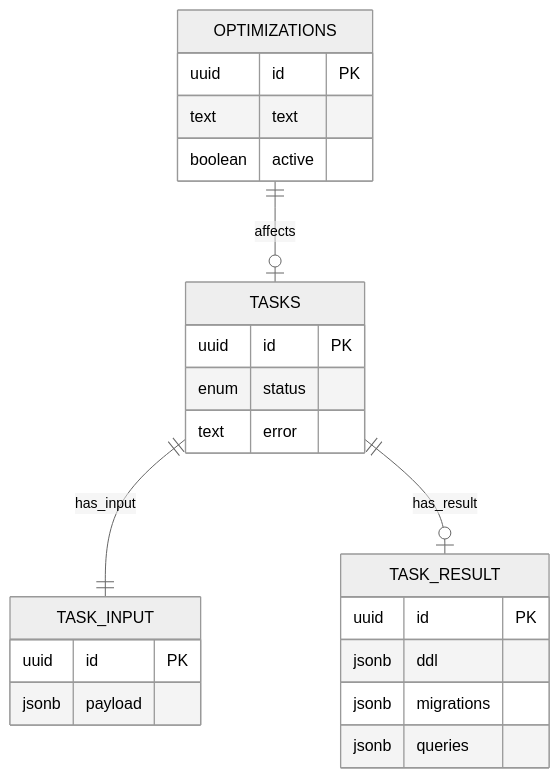
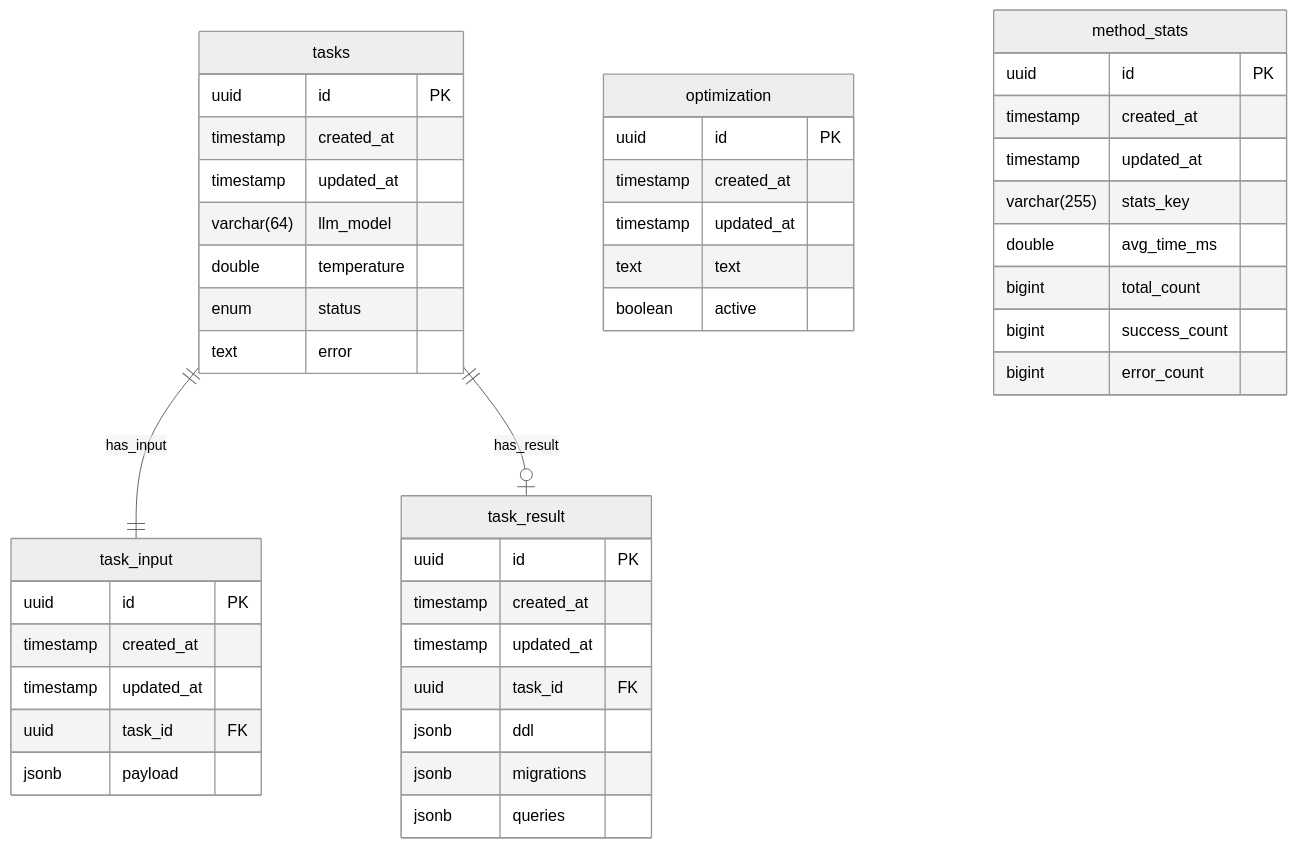
Before and after one commit to Java-Boys-Hackathon-Team/vibe-data: the diagram in README.md, drawn with Mermaid (neutral theme). The commit also changed other lines of this file, not shown here.

Commit message:
Update README: refine database schema diagram, adjust configuration examples, and remove outdated sections.

````diff
--- a/README.md
+++ b/README.md
@@ -163,26 +163,47 @@
 ```mermaid
 erDiagram
-    TASKS {
+    tasks {
         uuid id PK
+        timestamp created_at
+        timestamp updated_at
+        varchar(64) llm_model
+        double temperature
         enum status
         text error
     }
-    TASK_INPUT {
+    task_input {
         uuid id PK
+        timestamp created_at
+        timestamp updated_at
+        uuid task_id FK
         jsonb payload
     }
-    TASK_RESULT {
+    task_result {
         uuid id PK
+        timestamp created_at
+        timestamp updated_at
+        uuid task_id FK
         jsonb ddl
         jsonb migrations
         jsonb queries
     }
-    OPTIMIZATIONS {
+    optimization {
         uuid id PK
+        timestamp created_at
+        timestamp updated_at
         text text
         boolean active
     }
-    TASKS ||--|| TASK_INPUT: has_input
-    TASKS ||--o| TASK_RESULT: has_result
-    OPTIMIZATIONS ||--o| TASKS: affects
+    method_stats {
+        uuid id PK
+        timestamp created_at
+        timestamp updated_at
+        varchar(255) stats_key
+        double avg_time_ms
+        bigint total_count
+        bigint success_count
+        bigint error_count
+    }
+    tasks ||--|| task_input : has_input
+    tasks ||--o| task_result : has_result
 ```
````
